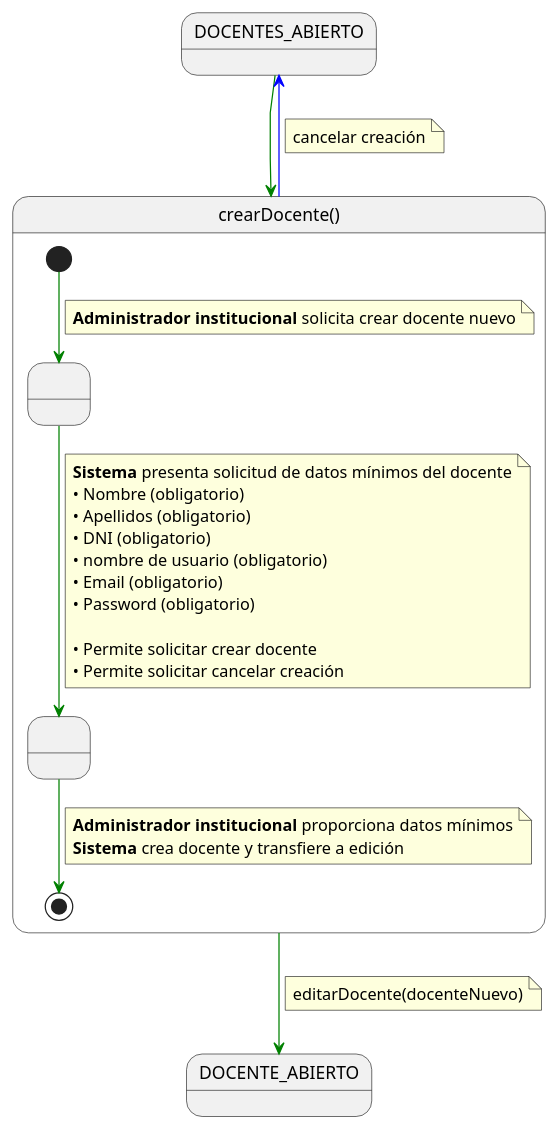
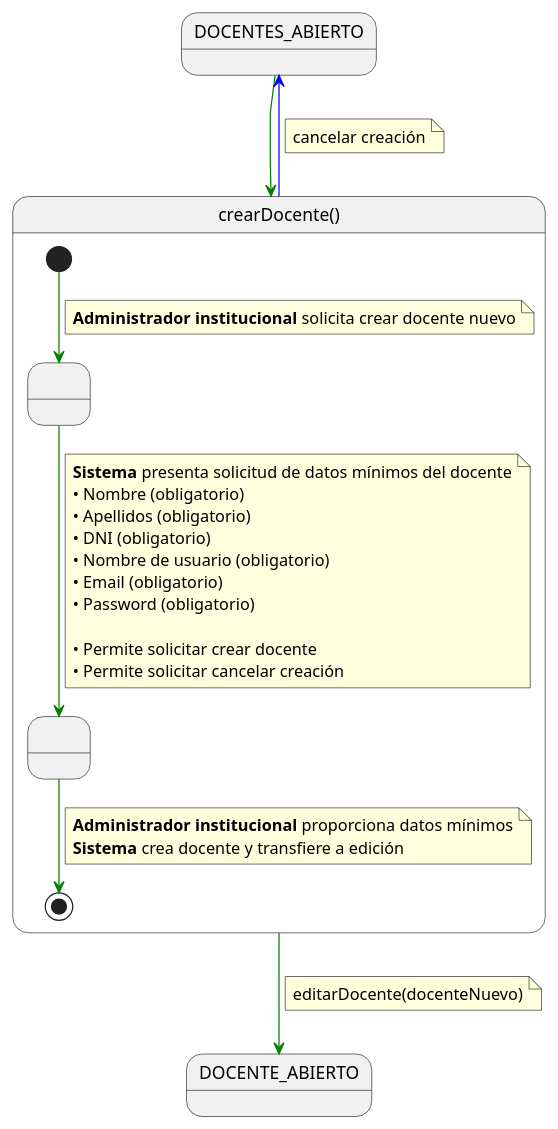
The diagram in documents/casos-de-uso/detalladoCasosDeUso/crearDocente/crearDocente.puml (martinlopez7/25-26-IdSw1-SdR), drawn with PlantUML before and after one commit. The commit also changed 26 other files, not shown here.

```diff
--- a/documents/casos-de-uso/detalladoCasosDeUso/crearDocente/crearDocente.puml
+++ b/documents/casos-de-uso/detalladoCasosDeUso/crearDocente/crearDocente.puml
@@ -1,50 +1,50 @@
 @startuml crearDocente
 
 skinparam linetype polyline
 
 state DOCENTES_ABIERTO
 
 DOCENTES_ABIERTO -[#green]-> crearDocente
 
 state crearDocente as "crearDocente()" {
 
     state " " as SolicitandoDatos
     state " " as CreandoDocente
 
     [*] -[#green]-> SolicitandoDatos 
     note on link
     <b>Administrador institucional</b> solicita crear docente nuevo
     end note    
     
     SolicitandoDatos -[#green]-> CreandoDocente
     note on link
     <b>Sistema</b> presenta solicitud de datos mínimos del docente
     • Nombre (obligatorio)
     • Apellidos (obligatorio)
     • DNI (obligatorio)
-    • nombre de usuario (obligatorio)
+    • Nombre de usuario (obligatorio)
     • Email (obligatorio)
     • Password (obligatorio)
     
     • Permite solicitar crear docente
     • Permite solicitar cancelar creación
     end note
     
     CreandoDocente -[#green]-> [*]
     note on link
     <b>Administrador institucional</b> proporciona datos mínimos
     <b>Sistema</b> crea docente y transfiere a edición
     end note
 }
 
 crearDocente -[#green]-> DOCENTE_ABIERTO
 note on link
 editarDocente(docenteNuevo)
 end note
 
 crearDocente -[#blue]-> DOCENTES_ABIERTO
 note on link
 cancelar creación
 end note
 
 @enduml
```
